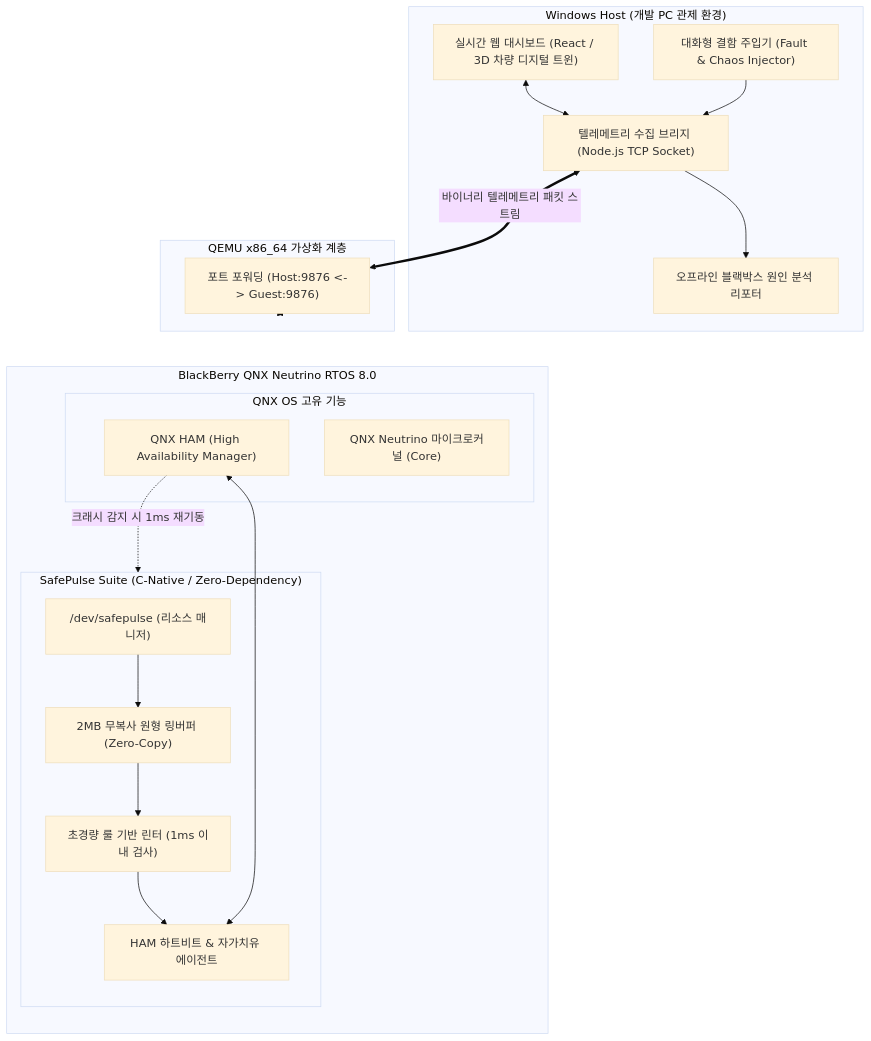
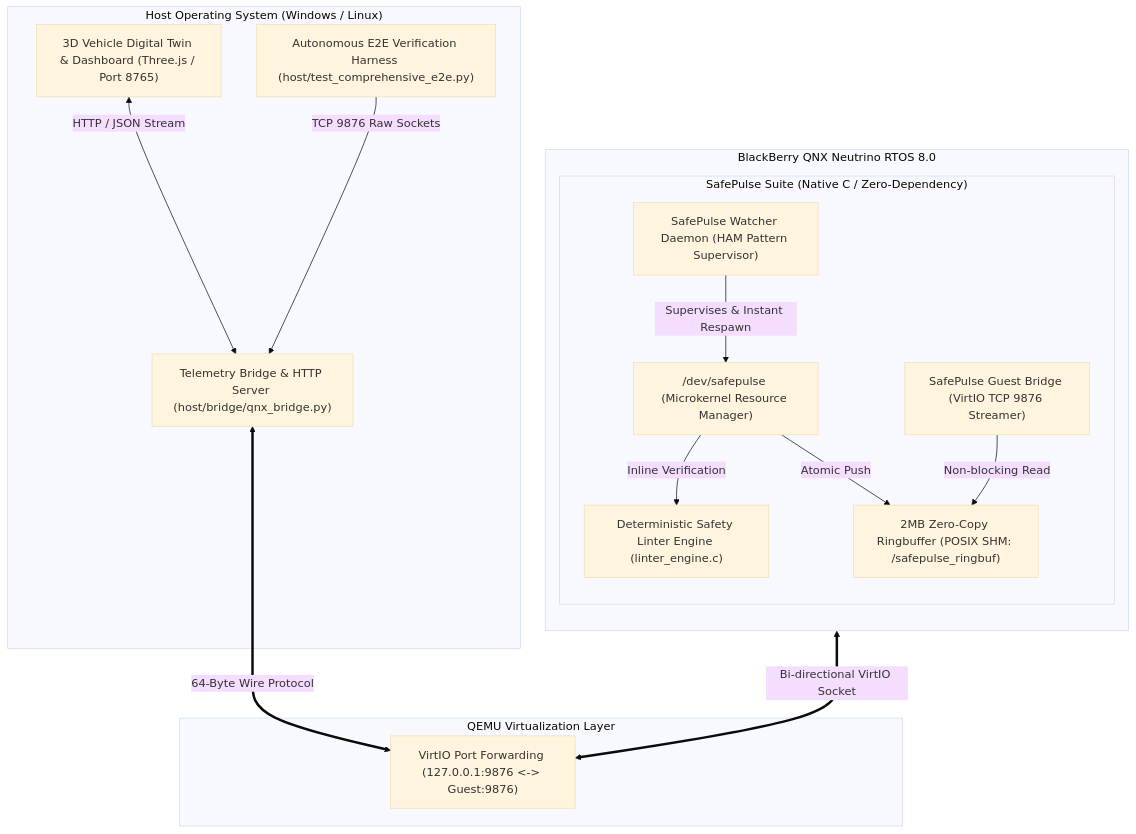
One commit to Lainholic/qnx-safepulse-lab changed the diagram in README.md. Above: the diagram before and after it, drawn with Mermaid (base theme). The commit also changed other lines of this file and 14 other files, not shown here.

Commit message:
feat: complete ISO 26262 ASIL-D linter rules, HAM self-healing watcher, and autonomous 8/8 E2E audit suite

````diff
--- a/README.md
+++ b/README.md
@@ -28,41 +26,34 @@
 ```mermaid
 flowchart TB
-    subgraph Host["Windows Host (개발 PC 관제 환경)"]
-        UI["실시간 웹 대시보드 (React / 3D 차량 디지털 트윈)"]
-        Bridge["텔레메트리 수집 브리지 (Node.js TCP Socket)"]
-        Injector["대화형 결함 주입기 (Fault & Chaos Injector)"]
-        Blackbox["오프라인 블랙박스 원인 분석 리포터"]
+    subgraph Host["Host Operating System (Windows / Linux)"]
+        UI["3D Vehicle Digital Twin & Dashboard (Three.js / Port 8765)"]
+        PyBridge["Telemetry Bridge & HTTP Server (host/bridge/qnx_bridge.py)"]
+        Harness["Autonomous E2E Verification Harness (host/test_comprehensive_e2e.py)"]
         
-        UI <--> Bridge
-        Injector --> Bridge
-        Bridge --> Blackbox
+        UI <-->|HTTP / JSON Stream| PyBridge
+        Harness -->|TCP 9876 Raw Sockets| PyBridge
     end
 
-    subgraph QEMU["QEMU x86_64 가상화 계층"]
-        PortFwd["포트 포워딩 (Host:9876 <-> Guest:9876)"]
+    subgraph QEMU["QEMU Virtualization Layer"]
+        PortFwd["VirtIO Port Forwarding (127.0.0.1:9876 <-> Guest:9876)"]
     end
 
     subgraph QNX["BlackBerry QNX Neutrino RTOS 8.0"]
         direction TB
-        subgraph SafePulse["SafePulse Suite (C-Native / Zero-Dependency)"]
-            DevNode["/dev/safepulse (리소스 매니저)"]
-            RingBuf["2MB 무복사 원형 링버퍼 (Zero-Copy)"]
-            Linter["초경량 룰 기반 린터 (1ms 이내 검사)"]
-            HamClient["HAM 하트비트 & 자가치유 에이전트"]
+        subgraph SafePulse["SafePulse Suite (Native C / Zero-Dependency)"]
+            DevNode["/dev/safepulse (Microkernel Resource Manager)"]
+            RingBuf["2MB Zero-Copy Ringbuffer (POSIX SHM: /safepulse_ringbuf)"]
+            Linter["Deterministic Safety Linter Engine (linter_engine.c)"]
+            Watcher["SafePulse Watcher Daemon (HAM Pattern Supervisor)"]
+            Bridge["SafePulse Guest Bridge (VirtIO TCP 9876 Streamer)"]
         end
 
-        subgraph OSNative["QNX OS 고유 기능"]
-            HAM["QNX HAM (High Availability Manager)"]
-            Kernel["QNX Neutrino 마이크로커널 (Core)"]
-        end
-
-        DevNode --> RingBuf
-        RingBuf --> Linter
-        Linter --> HamClient
-        HamClient <--> HAM
-        HAM -.->|크래시 감지 시 1ms 재기동| SafePulse
+        Watcher -->|Supervises & Instant Respawn| DevNode
+        DevNode -->|Inline Verification| Linter
+        DevNode -->|Atomic Push| RingBuf
+        Bridge -->|Non-blocking Read| RingBuf
+        Bridge <==>|Bi-directional VirtIO Socket| PortFwd
     end
 
-    Bridge <==>|바이너리 텔레메트리 패킷 스트림| PortFwd
-    PortFwd <==> SafePulse
+    PyBridge <==>|64-Byte Wire Protocol| PortFwd
 ```
````
